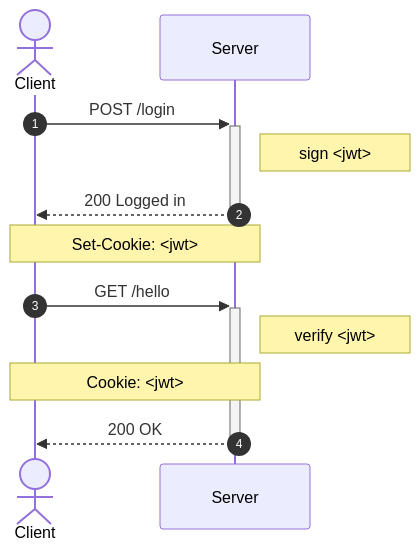
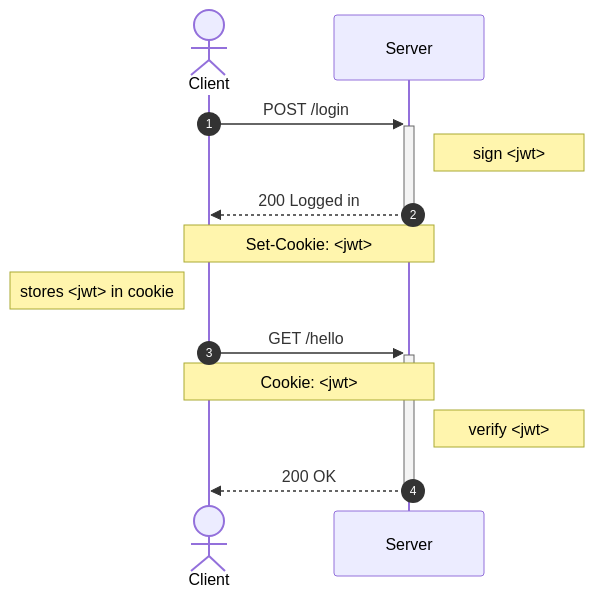
One commit to ngshiheng/worker-auth changed the first of 2 diagrams in README.md. Above: the diagram before and after it, drawn with Mermaid. The commit also changed other lines of this file, not shown here.

````diff
--- a/README.md
+++ b/README.md
@@ -33,15 +52,16 @@
 ```mermaid
 sequenceDiagram
     autonumber
     actor Client
     participant Server
 
     Client->>+Server: POST /login
     Note right of Server: sign <jwt>
     Server-->>-Client: 200 Logged in
     Note over Server,Client: Set-Cookie: <jwt>
+    Note left of Client: stores <jwt> in cookie
     Client->>+Server: GET /hello
+    Note over Client,Server: Cookie: <jwt>
     Note right of Server: verify <jwt>
-    Note over Client,Server: Cookie: <jwt>
     Server-->>-Client: 200 OK
 ```
````
